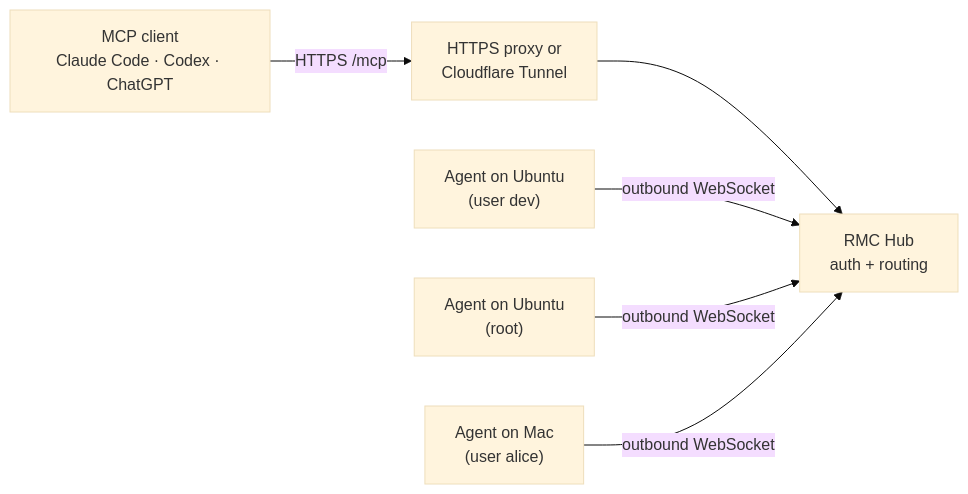
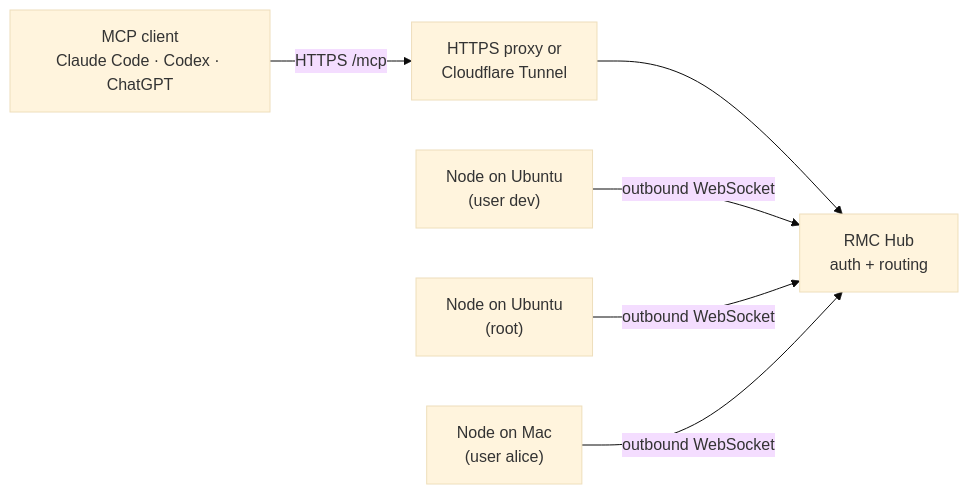
The diagram in README.md (soren-labs/hostmcp), drawn with Mermaid (base theme) before and after one commit. The commit also changed other lines of this file and 14 other files, not shown here.

Commit message:
docs: rename Agent to Node

````diff
--- a/README.md
+++ b/README.md
@@ -52,8 +55,8 @@
 ```mermaid
 flowchart LR
     C["MCP client<br/>Claude Code · Codex · ChatGPT"] -->|"HTTPS /mcp"| E["HTTPS proxy or<br/>Cloudflare Tunnel"]
     E --> H["RMC Hub<br/>auth + routing"]
-    A1["Agent on Ubuntu<br/>(user dev)"] -->|"outbound WebSocket"| H
-    A2["Agent on Ubuntu<br/>(root)"] -->|"outbound WebSocket"| H
-    A3["Agent on Mac<br/>(user alice)"] -->|"outbound WebSocket"| H
+    A1["Node on Ubuntu<br/>(user dev)"] -->|"outbound WebSocket"| H
+    A2["Node on Ubuntu<br/>(root)"] -->|"outbound WebSocket"| H
+    A3["Node on Mac<br/>(user alice)"] -->|"outbound WebSocket"| H
 ```
````
